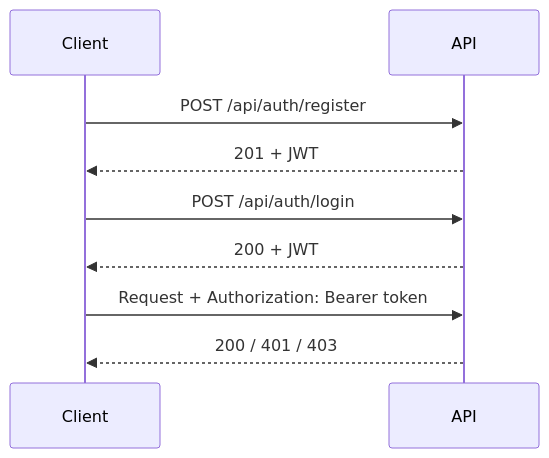
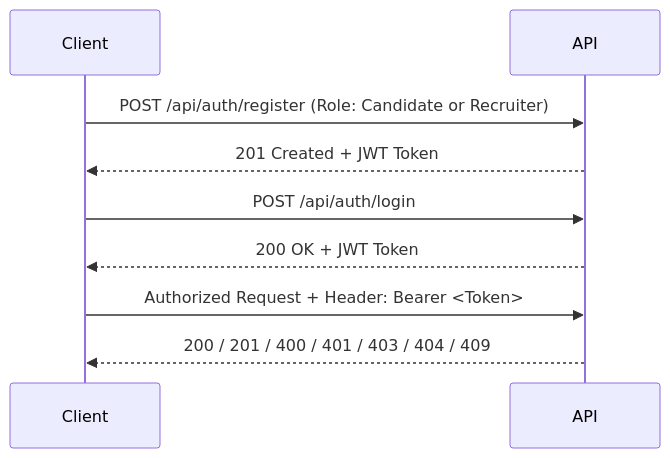
One commit to MoSayed335/JobApplication.API changed the second of 3 diagrams in README.md. Above: the diagram before and after it, drawn with Mermaid. The commit also changed other lines of this file and 32 other files, not shown here.

````diff
--- a/README.md
+++ b/README.md
@@ -135,11 +231,11 @@
 ```mermaid
 sequenceDiagram
     participant C as Client
     participant A as API
-    C->>A: POST /api/auth/register
-    A-->>C: 201 + JWT
+    C->>A: POST /api/auth/register (Role: Candidate or Recruiter)
+    A-->>C: 201 Created + JWT Token
     C->>A: POST /api/auth/login
-    A-->>C: 200 + JWT
-    C->>A: Request + Authorization: Bearer token
-    A-->>C: 200 / 401 / 403
+    A-->>C: 200 OK + JWT Token
+    C->>A: Authorized Request + Header: Bearer <Token>
+    A-->>C: 200 / 201 / 400 / 401 / 403 / 404 / 409
 ```
````
